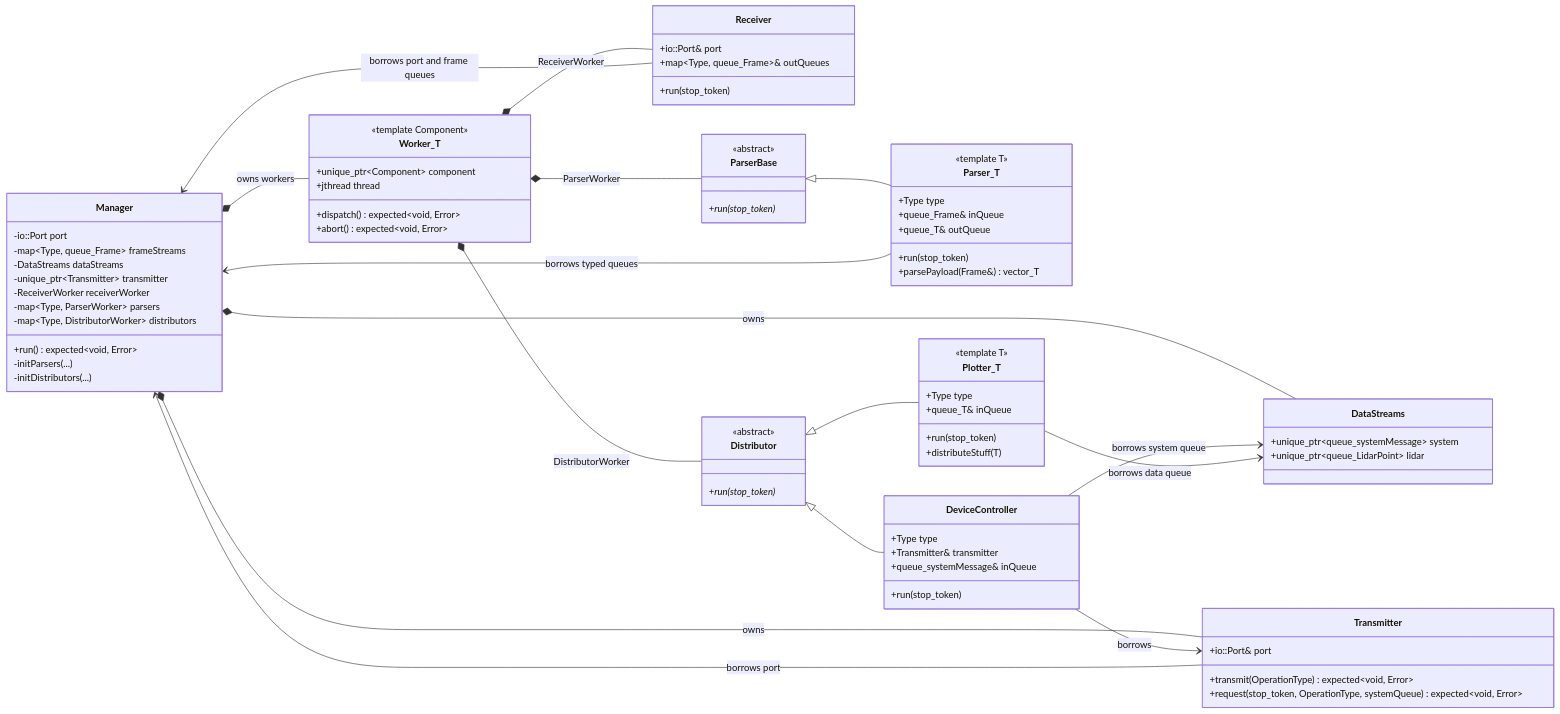
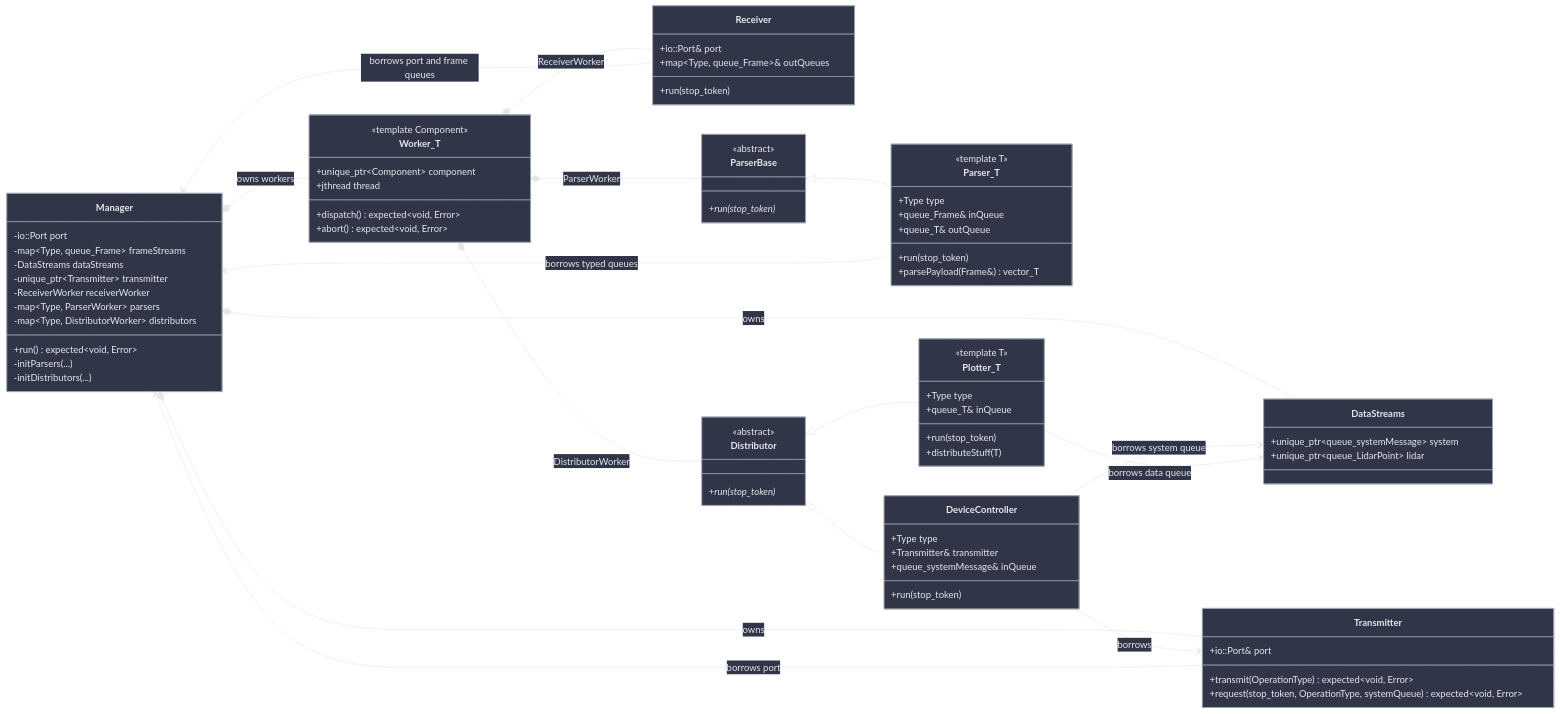
The first of 3 diagrams in docs/architecture.md (kei185/my-plot), drawn with Mermaid before and after one commit. The commit also changed other lines of this file and 8 other files, not shown here.

````diff
--- a/docs/architecture.md
+++ b/docs/architecture.md
@@ -7,4 +7,5 @@
 ```mermaid
+%%{init: {"theme": "base", "themeVariables": {"darkMode": true, "background": "#1F2230", "primaryColor": "#303648", "primaryTextColor": "#E5E7EB", "primaryBorderColor": "#9CA3AF", "lineColor": "#E5E7EB", "textColor": "#E5E7EB"}}}%%
 classDiagram
     direction LR
 
````
